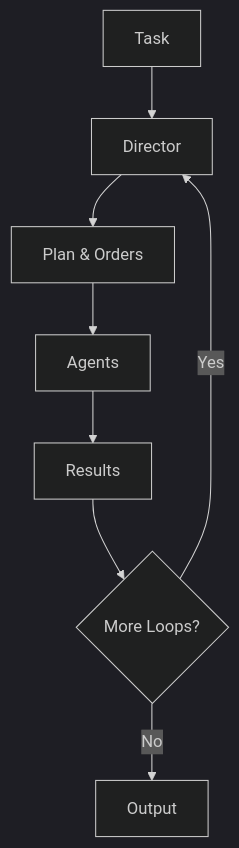
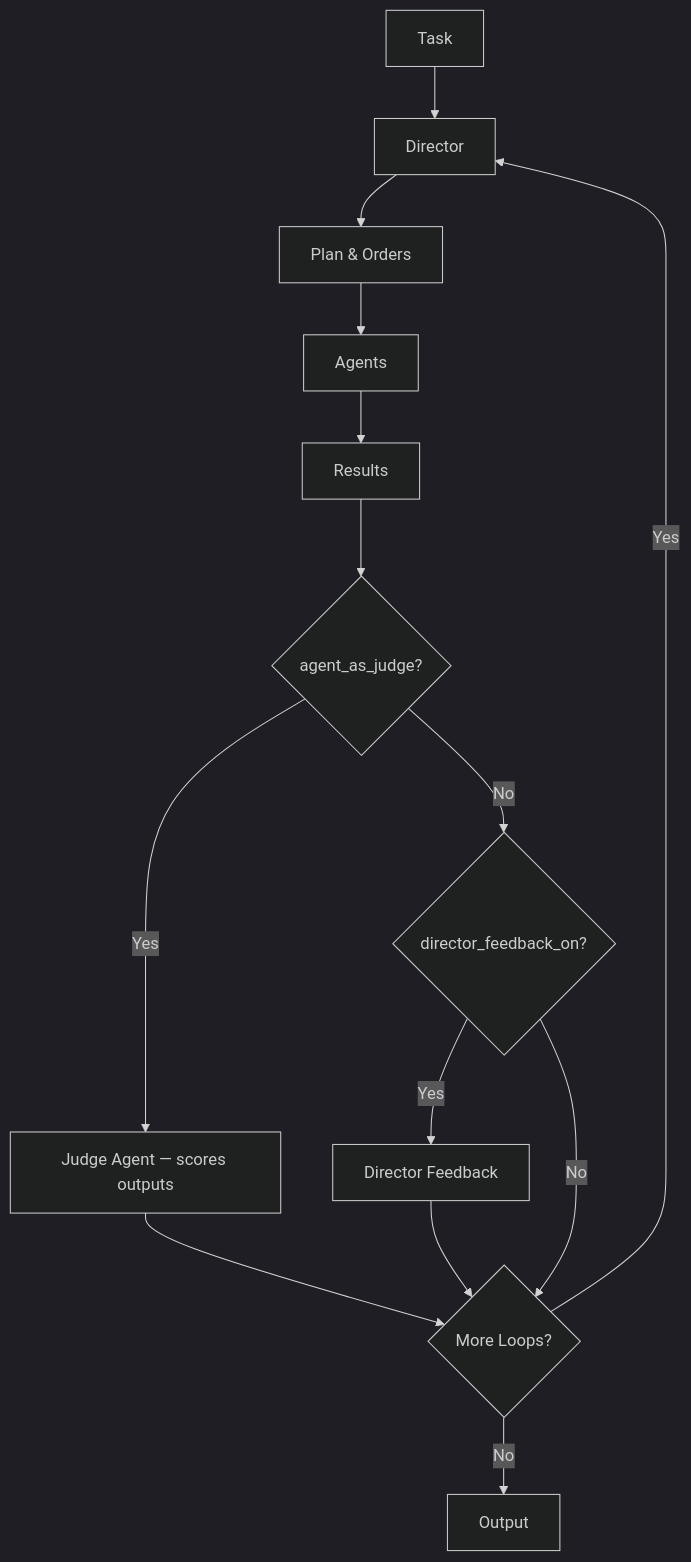
One commit to kyegomez/swarms changed the diagram in docs/swarms/structs/hierarchical_swarm.md. Above: the diagram before and after it, drawn with Mermaid (dark theme). The commit also changed other lines of this file and 3 other files, not shown here.

````diff
--- a/docs/swarms/structs/hierarchical_swarm.md
+++ b/docs/swarms/structs/hierarchical_swarm.md
@@ -5,10 +5,16 @@
 ```mermaid
 graph TD
     A[Task] --> B[Director]
     B --> C[Plan & Orders]
     C --> D[Agents]
     D --> E[Results]
-    E --> F{More Loops?}
-    F -->|Yes| B
-    F -->|No| G[Output]
+    E --> F{agent_as_judge?}
+    F -->|Yes| G[Judge Agent — scores outputs]
+    F -->|No| H{director_feedback_on?}
+    H -->|Yes| I[Director Feedback]
+    H -->|No| J{More Loops?}
+    G --> J
+    I --> J
+    J -->|Yes| B
+    J -->|No| K[Output]
 ```
````
